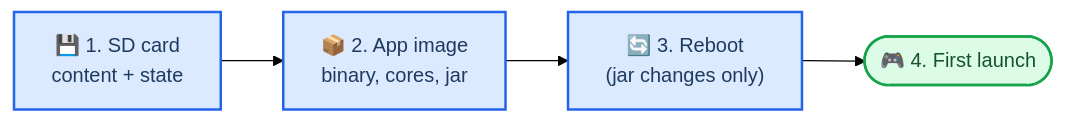
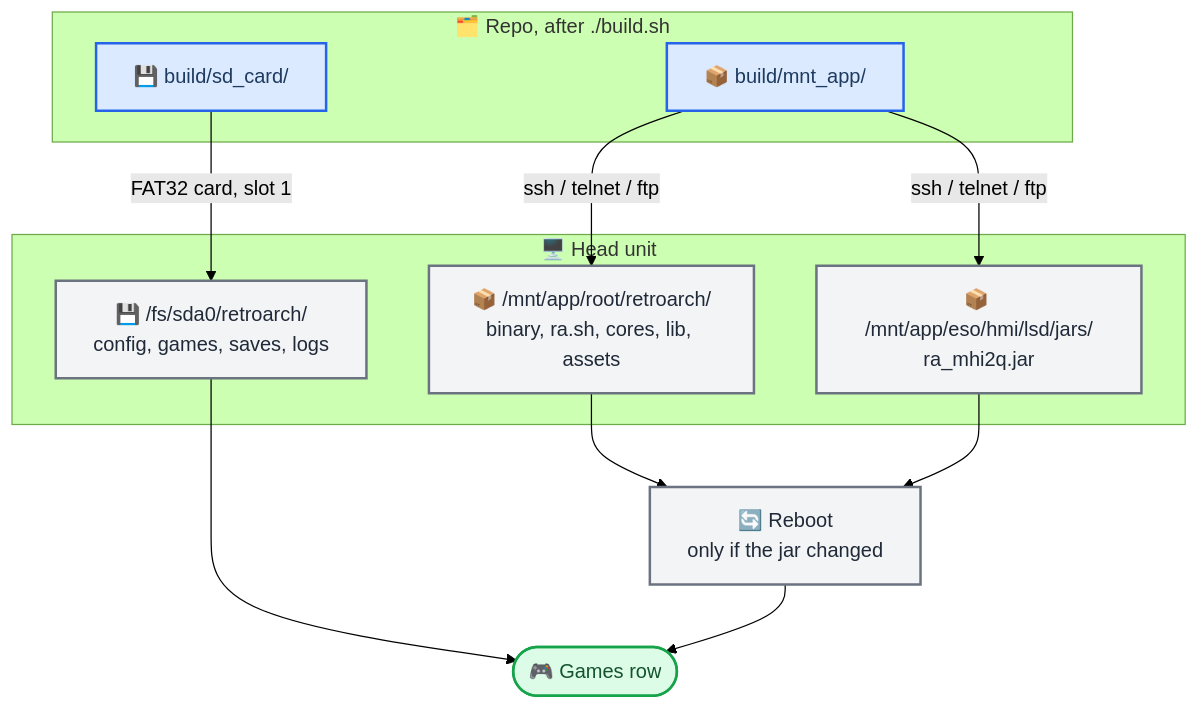
One commit to luka-dev/audi-mib2q-retroarch changed the diagram in docs/retroarch-qnx/deploy/install-procedure.md. Above: the diagram before and after it, drawn with Mermaid (forest theme). The commit also changed other lines of this file, not shown here.

First line of the commit message:
Install guide: artifact map, atomic replace, transport traps

````diff
--- a/docs/retroarch-qnx/deploy/install-procedure.md
+++ b/docs/retroarch-qnx/deploy/install-procedure.md
@@ -42,18 +45,35 @@
 ```mermaid
-flowchart LR
-    accTitle: Install Steps Overview
-    accDescr: The SD card carries user content and state while the app image carries the binary and HMI jar; only a jar change requires a reboot.
+flowchart TB
+    accTitle: Source Tree To On-Unit Paths
+    accDescr: build.sh stages one tree that mirrors the app image and one that mirrors the SD card; the first is copied to /mnt/app over ssh and the second to a FAT32 card, and only a jar change needs a reboot.
 
-    step1["💾 1. SD card<br/>content + state"]
-    step2["📦 2. App image<br/>binary, cores, jar"]
-    step3["🔄 3. Reboot<br/>(jar changes only)"]
-    step4(["🎮 4. First launch"])
+    subgraph repo ["🗂️ Repo, after ./build.sh"]
+        app_tree["📦 build/mnt_app/"]
+        sd_tree["💾 build/sd_card/"]
+    end
 
-    step1 --> step2 --> step3 --> step4
+    subgraph unit ["🖥️ Head unit"]
+        ra_dir["📦 /mnt/app/root/retroarch/<br/>binary, ra.sh, cores, lib, assets"]
+        jar["📦 /mnt/app/eso/hmi/lsd/jars/<br/>ra_mhi2q.jar"]
+        card["💾 /fs/sda0/retroarch/<br/>config, games, saves, logs"]
+    end
+
+    reboot["🔄 Reboot<br/>only if the jar changed"]
+    play(["🎮 Games row"])
+
+    app_tree -->|"ssh / telnet / ftp"| ra_dir
+    app_tree -->|"ssh / telnet / ftp"| jar
+    sd_tree -->|"FAT32 card, slot 1"| card
+    ra_dir --> reboot
+    jar --> reboot
+    card --> play
+    reboot --> play
 
     classDef primary fill:#dbeafe,stroke:#2563eb,stroke-width:2px,color:#1e3a5f
+    classDef neutral fill:#f3f4f6,stroke:#6b7280,stroke-width:2px,color:#1f2937
     classDef success fill:#dcfce7,stroke:#16a34a,stroke-width:2px,color:#14532d
 
-    class step1,step2,step3 primary
-    class step4 success
+    class app_tree,sd_tree primary
+    class ra_dir,jar,card,reboot neutral
+    class play success
 ```
````
